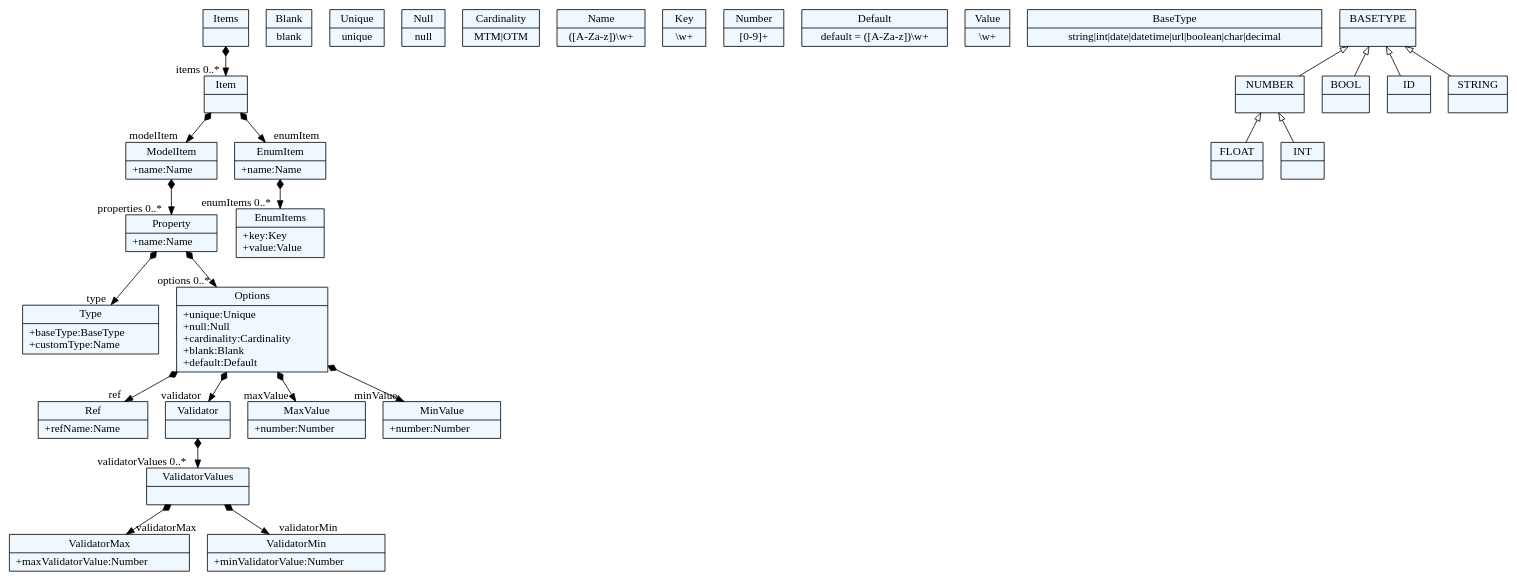
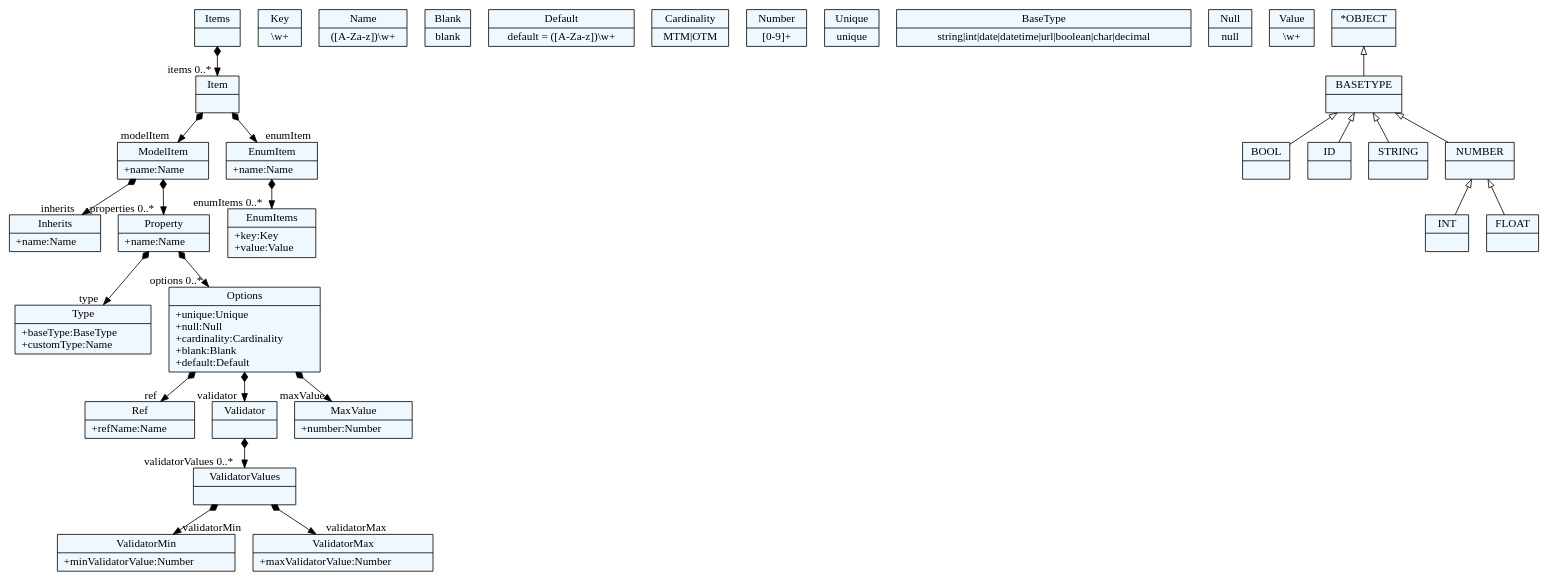
Before and after one commit to sergiosuperstar/FTN-MBRS: the diagram in Generator/test_meta.dot, drawn with Graphviz. The commit also changed 10 other files, not shown here.

Commit message:
inheritance added to the metamodel; minValue removed; test model changed; model images generation implemented;

```diff
--- a/Generator/test_meta.dot
+++ b/Generator/test_meta.dot
@@ -1,99 +1,102 @@
 
     digraph xtext {
     fontname = "Bitstream Vera Sans"
     fontsize = 8
     node[
         shape=record,
         style=filled,
         fillcolor=aliceblue
     ]
     nodesep = 0.3
     edge[dir=black,arrowtail=empty]
 
 
-56311856 -> 56314096[arrowtail=diamond, dir=both, headlabel="properties 0..*"]
-56311856[ label="{ModelItem|+name:Name\l}"]
+65773784 -> 65782744[arrowtail=diamond, dir=both, headlabel="inherits "]
+65773784 -> 65790808[arrowtail=diamond, dir=both, headlabel="properties 0..*"]
+65773784[ label="{ModelItem|+name:Name\l}"]
 
-56314096 -> 56314544[arrowtail=diamond, dir=both, headlabel="type "]
-56314096 -> 56315440[arrowtail=diamond, dir=both, headlabel="options 0..*"]
-56314096[ label="{Property|+name:Name\l}"]
+65802456[ label="{Ref|+refName:Name\l}"]
 
-56333232[ label="{Blank|blank}"]
+65772888 -> 65786328[arrowtail=diamond, dir=both, headlabel="enumItems 0..*"]
+65772888[ label="{EnumItem|+name:Name\l}"]
 
-56029232 -> 56311856[arrowtail=diamond, dir=both, headlabel="modelItem "]
-56029232 -> 56312304[arrowtail=diamond, dir=both, headlabel="enumItem "]
-56029232[ label="{Item|}"]
+65794392[ label="{ValidatorMin|+minValidatorValue:Number\l}"]
 
-56332336[ label="{Unique|unique}"]
+65771992[ label="{Key|\\w+}"]
 
-56332784[ label="{Null|null}"]
+65797080 -> 65816792[arrowtail=diamond, dir=both, headlabel="validatorValues 0..*"]
+65797080[ label="{Validator|}"]
 
-56335472[ label="{Ref|+refName:Name\l}"]
+65762136[ label="{Name|([A-Za-z])\\w+}"]
 
-56344624 -> 56345072[arrowtail=diamond, dir=both, headlabel="validatorValues 0..*"]
-56344624[ label="{Validator|}"]
+65817688[ label="{ValidatorMax|+maxValidatorValue:Number\l}"]
 
-56315440 -> 56333680[arrowtail=diamond, dir=both, headlabel="maxValue "]
-56315440 -> 56334128[arrowtail=diamond, dir=both, headlabel="minValue "]
-56315440 -> 56335472[arrowtail=diamond, dir=both, headlabel="ref "]
-56315440 -> 56344624[arrowtail=diamond, dir=both, headlabel="validator "]
-56315440[ label="{Options|+unique:Unique\l+null:Null\l+cardinality:Cardinality\l+blank:Blank\l+default:Default\l}"]
+65764824 -> 65761240[arrowtail=diamond, dir=both, headlabel="items 0..*"]
+65764824[ label="{Items|}"]
 
-56312304 -> 56312752[arrowtail=diamond, dir=both, headlabel="enumItems 0..*"]
-56312304[ label="{EnumItem|+name:Name\l}"]
+65788120[ label="{Type|+baseType:BaseType\l+customType:Name\l}"]
 
-56030576 -> 56029232[arrowtail=diamond, dir=both, headlabel="items 0..*"]
-56030576[ label="{Items|}"]
+65793496[ label="{Blank|blank}"]
 
-56335920[ label="{Cardinality|MTM\|OTM}"]
+65786328[ label="{EnumItems|+key:Key\l+value:Value\l}"]
 
-56312752[ label="{EnumItems|+key:Key\l+value:Value\l}"]
+65780952[ label="{MaxValue|+number:Number\l}"]
 
-56345072 -> 56345520[arrowtail=diamond, dir=both, headlabel="validatorMax "]
-56345072 -> 56345968[arrowtail=diamond, dir=both, headlabel="validatorMin "]
-56345072[ label="{ValidatorValues|}"]
+65761240 -> 65773784[arrowtail=diamond, dir=both, headlabel="modelItem "]
+65761240 -> 65772888[arrowtail=diamond, dir=both, headlabel="enumItem "]
+65761240[ label="{Item|}"]
 
-56335024[ label="{Name|([A-Za-z])\\w+}"]
+65795288[ label="{Default|default = ([A-Za-z])\\w+}"]
 
-56334128[ label="{MinValue|+number:Number\l}"]
+65782744[ label="{Inherits|+name:Name\l}"]
 
-56313200[ label="{Key|\\w+}"]
+65800664[ label="{Cardinality|MTM\|OTM}"]
 
-56314544[ label="{Type|+baseType:BaseType\l+customType:Name\l}"]
+65791704[ label="{Number|[0-9]+}"]
 
-56334576[ label="{Number|[0-9]+}"]
+65771096[ label="{Unique|unique}"]
 
-56346416[ label="{Default|default = ([A-Za-z])\\w+}"]
+65768408[ label="{BaseType|string\|int\|date\|datetime\|url\|boolean\|char\|decimal}"]
 
-56313648[ label="{Value|\\w+}"]
+65816792 -> 65817688[arrowtail=diamond, dir=both, headlabel="validatorMax "]
+65816792 -> 65794392[arrowtail=diamond, dir=both, headlabel="validatorMin "]
+65816792[ label="{ValidatorValues|}"]
 
-56333680[ label="{MaxValue|+number:Number\l}"]
+65789016 -> 65780952[arrowtail=diamond, dir=both, headlabel="maxValue "]
+65789016 -> 65802456[arrowtail=diamond, dir=both, headlabel="ref "]
+65789016 -> 65797080[arrowtail=diamond, dir=both, headlabel="validator "]
+65789016[ label="{Options|+unique:Unique\l+null:Null\l+cardinality:Cardinality\l+blank:Blank\l+default:Default\l}"]
 
-56345520[ label="{ValidatorMax|+maxValidatorValue:Number\l}"]
+65789912[ label="{Null|null}"]
 
-56314992[ label="{BaseType|string\|int\|date\|datetime\|url\|boolean\|char\|decimal}"]
+65776472[ label="{Value|\\w+}"]
 
-56345968[ label="{ValidatorMin|+minValidatorValue:Number\l}"]
+65790808 -> 65788120[arrowtail=diamond, dir=both, headlabel="type "]
+65790808 -> 65789016[arrowtail=diamond, dir=both, headlabel="options 0..*"]
+65790808[ label="{Property|+name:Name\l}"]
 
-56130672[ label="{NUMBER|}"]
-56130672 -> 56130224 [dir=back]
-56130672 -> 56129776 [dir=back]
+65769304[ label="{*OBJECT|}"]
+65769304 -> 65766616 [dir=back]
 
-56131120[ label="{BASETYPE|}"]
-56131120 -> 56130672 [dir=back]
-56131120 -> 56129328 [dir=back]
-56131120 -> 56128432 [dir=back]
-56131120 -> 56128880 [dir=back]
+65781848[ label="{INT|}"]
 
-56128880[ label="{STRING|}"]
+65783640[ label="{BOOL|}"]
 
-56128432[ label="{ID|}"]
+65792600[ label="{FLOAT|}"]
 
-56129776[ label="{INT|}"]
+65763032[ label="{ID|}"]
 
-56129328[ label="{BOOL|}"]
+65774680[ label="{STRING|}"]
 
-56130224[ label="{FLOAT|}"]
+65785432[ label="{NUMBER|}"]
+65785432 -> 65792600 [dir=back]
+65785432 -> 65781848 [dir=back]
+
+65766616[ label="{BASETYPE|}"]
+65766616 -> 65785432 [dir=back]
+65766616 -> 65783640 [dir=back]
+65766616 -> 65763032 [dir=back]
+65766616 -> 65774680 [dir=back]
 
 
 }
```
